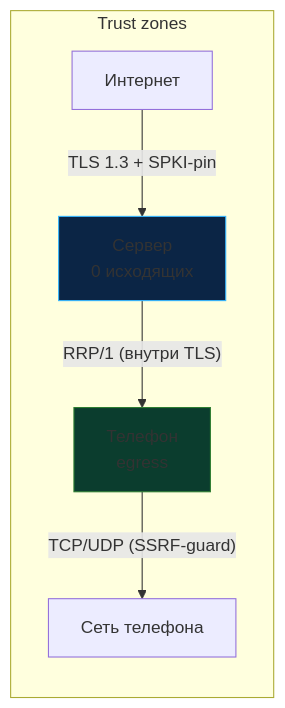
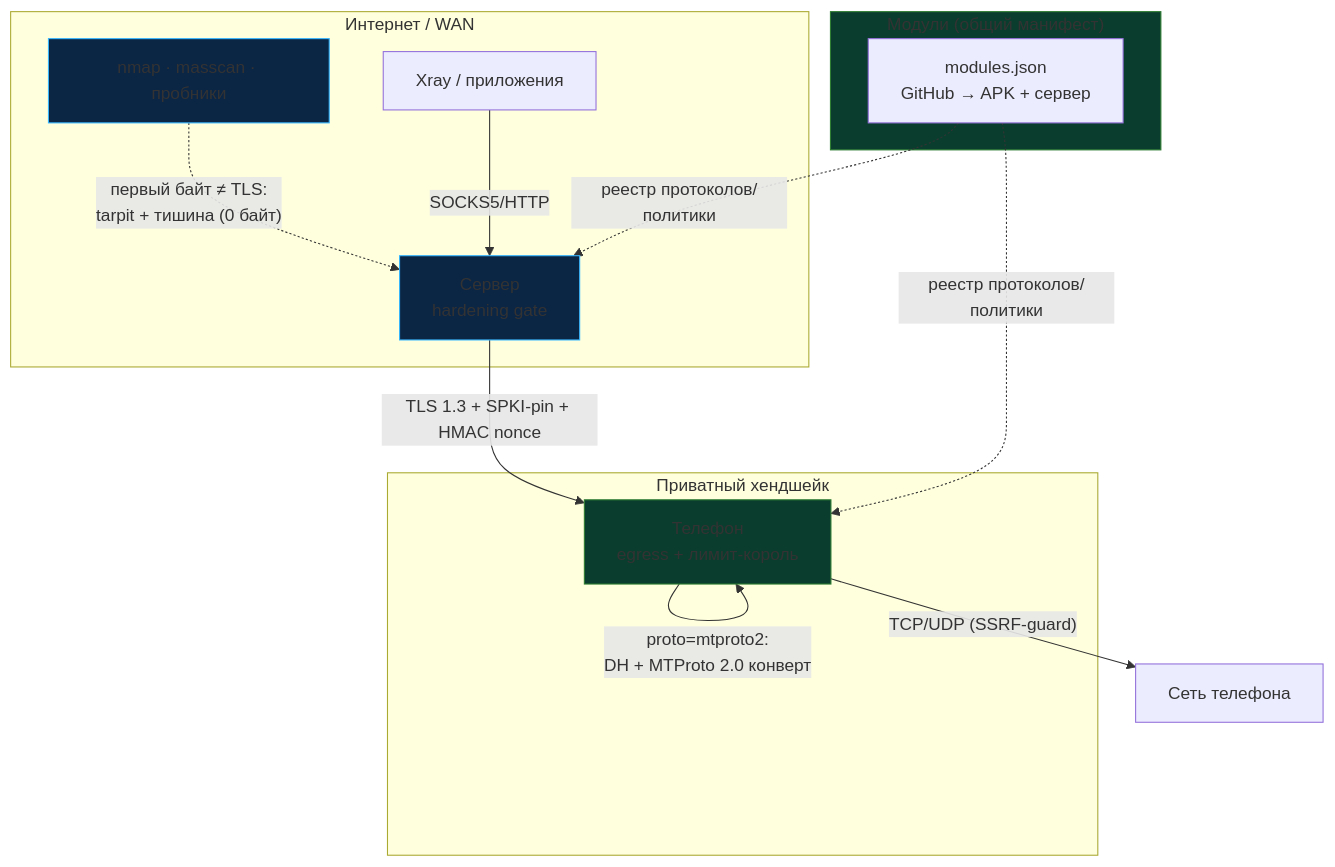
One commit to stelgen/reverseray changed the second of 2 diagrams in README.md. Above: the diagram before and after it, drawn with Mermaid. The commit also changed other lines of this file and 5 other files, not shown here.

````diff
--- a/README.md
+++ b/README.md
@@ -191,12 +191,21 @@
 ```mermaid
-flowchart LR
-    subgraph Trust zones
-        W[Интернет] -- TLS 1.3 + SPKI-pin --> S
-        S -- "RRP/1 (внутри TLS)" --> P
-        P -- "TCP/UDP (SSRF-guard)" --> N[Сеть телефона]
+flowchart TB
+    subgraph WAN["Интернет / WAN"]
+        SCAN["nmap · masscan · пробники"] -. "первый байт ≠ TLS:<br/>tarpit + тишина (0 байт)" .-> S
+        A["Xray / приложения"] -- "SOCKS5/HTTP" --> S
     end
-    S[Сервер<br/>0 исходящих]:::server
-    P[Телефон<br/>egress]:::phone
+    subgraph TLS["Приватный хендшейк"]
+        S[Сервер<br/>hardening gate] -- "TLS 1.3 + SPKI-pin + HMAC nonce" --> P
+        P -- "proto=mtproto2:<br/>DH + MTProto 2.0 конверт" --> P
+    end
+    P[Телефон<br/>egress + лимит-король] -- "TCP/UDP (SSRF-guard)" --> N[Сеть телефона]
+    subgraph MODS["Модули (общий манифест)"]
+        M["modules.json<br/>GitHub → APK + сервер"]
+    end
+    M -. "реестр протоколов/политики" .-> S
+    M -. "реестр протоколов/политики" .-> P
     classDef server fill:#0b2545,stroke:#35B6FF
     classDef phone fill:#0b3d2e,stroke:#2E7D32
+    class S,SCAN server
+    class P,MODS phone
 ```
````
